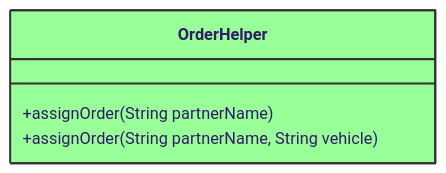
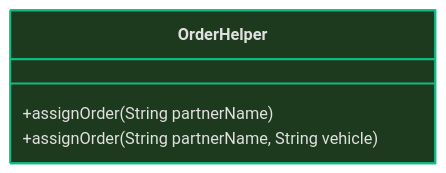
Before and after one commit to Shree2604/LL-System-Design: the third of 3 diagrams in Day01/Polymorphism/README.md, drawn with Mermaid (forest theme). The commit also changed other lines of this file and 3 other files, not shown here.

````diff
--- a/Day01/Polymorphism/README.md
+++ b/Day01/Polymorphism/README.md
@@ -40,9 +49,9 @@
 ```mermaid
 classDiagram
     class OrderHelper {
         +assignOrder(String partnerName)
         +assignOrder(String partnerName, String vehicle)
     }
     
-    style OrderHelper fill:#9f9,stroke:#333,stroke-width:2px
+    style OrderHelper fill:#1e3a1e,stroke:#10b981,color:#e0e0e0,stroke-width:2px
 ```
````
